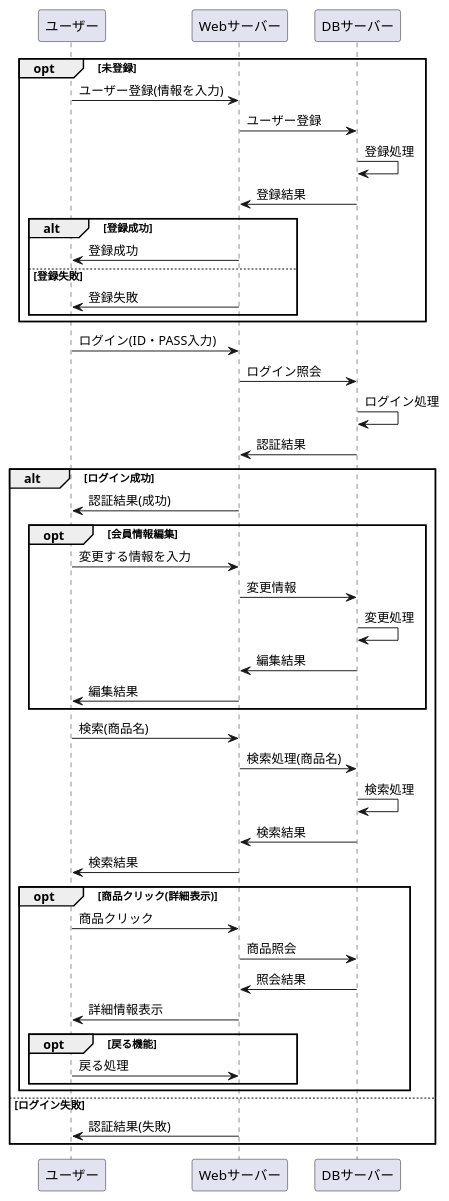
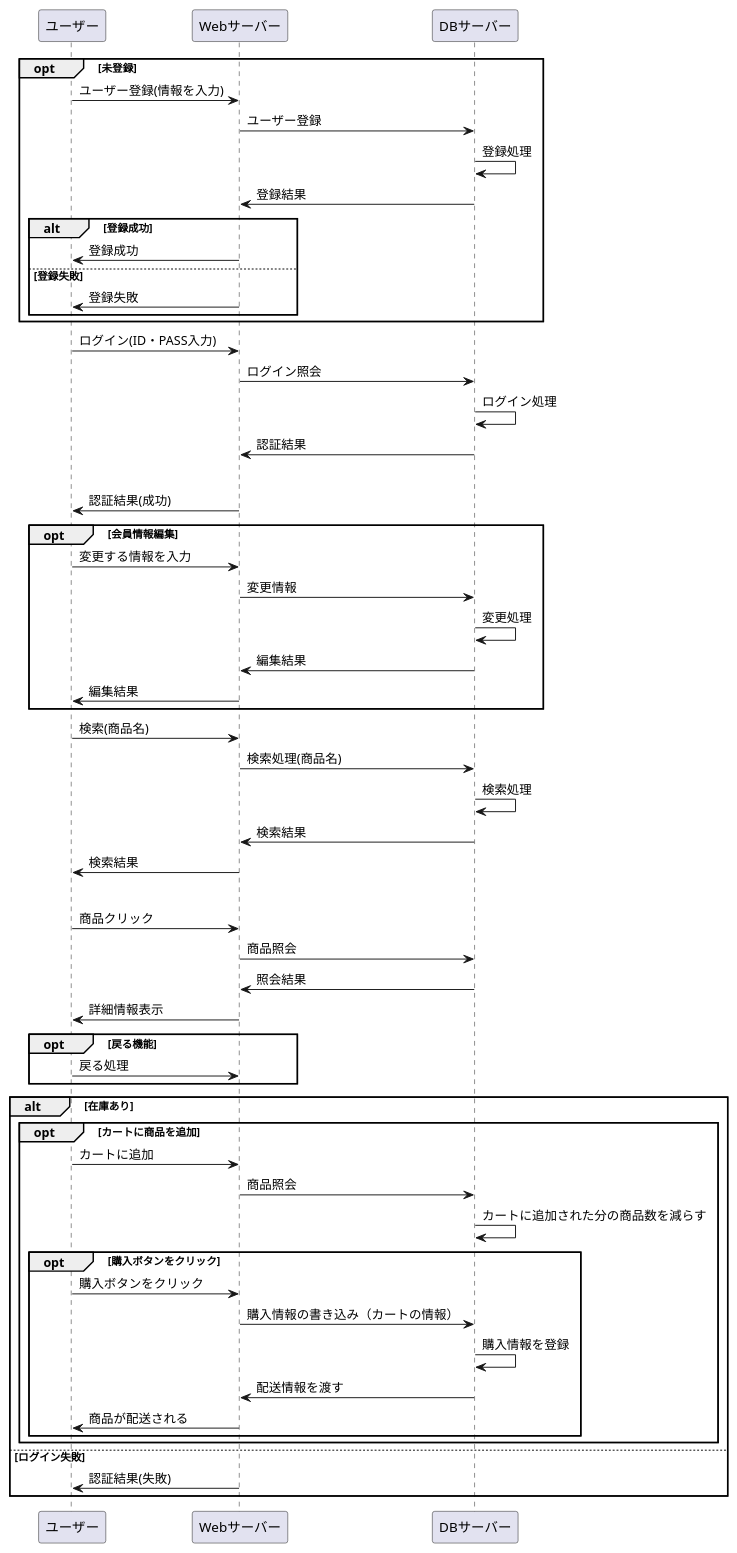
One commit to Aso2001227/Aso-Sports-1 changed the diagram in 設計書/02_業務フロー/business-flow-check.md. Above: the diagram before and after it, drawn with PlantUML.

````diff
--- a/設計書/02_業務フロー/business-flow-check.md
+++ b/設計書/02_業務フロー/business-flow-check.md
@@ -1,57 +1,69 @@
 ```uml
 @startuml
 opt 未登録
 ユーザー -> Webサーバー : ユーザー登録(情報を入力)
 Webサーバー -> DBサーバー : ユーザー登録
 DBサーバー -> DBサーバー : 登録処理
 DBサーバー -> Webサーバー : 登録結果
 
 
 
 
 
 
 
 alt 登録成功
 Webサーバー -> ユーザー : 登録成功
 else 登録失敗
 Webサーバー -> ユーザー : 登録失敗
 end
 end
 
 ユーザー -> Webサーバー : ログイン(ID・PASS入力)
 Webサーバー -> DBサーバー : ログイン照会
 DBサーバー -> DBサーバー : ログイン処理
 DBサーバー -> Webサーバー : 認証結果
 
 alt ログイン成功
 Webサーバー -> ユーザー : 認証結果(成功)
 opt 会員情報編集
 ユーザー -> Webサーバー : 変更する情報を入力
 Webサーバー -> DBサーバー :変更情報
 DBサーバー -> DBサーバー : 変更処理
 DBサーバー -> Webサーバー : 編集結果
 Webサーバー -> ユーザー : 編集結果
 end
 
 ユーザー -> Webサーバー : 検索(商品名)
 Webサーバー -> DBサーバー : 検索処理(商品名)
 DBサーバー -> DBサーバー : 検索処理
 DBサーバー -> Webサーバー : 検索結果
 Webサーバー -> ユーザー : 検索結果
 
 opt 商品クリック(詳細表示)
 ユーザー -> Webサーバー : 商品クリック
 Webサーバー -> DBサーバー : 商品照会
 DBサーバー -> Webサーバー : 照会結果
 Webサーバー -> ユーザー : 詳細情報表示
 opt 戻る機能
 ユーザー -> Webサーバー : 戻る処理
 end
+alt 在庫あり
+opt カートに商品を追加
+ユーザー -> Webサーバー : カートに追加
+Webサーバー -> DBサーバー : 商品照会
+DBサーバー -> DBサーバー : カートに追加された分の商品数を減らす
+opt 購入ボタンをクリック
+ユーザー -> Webサーバー : 購入ボタンをクリック
+Webサーバー -> DBサーバー :購入情報の書き込み（カートの情報）
+DBサーバー -> DBサーバー :購入情報を登録
+DBサーバー -> Webサーバー :配送情報を渡す
+Webサーバー -> ユーザー:商品が配送される
+end
 end
 
 else ログイン失敗
 Webサーバー -> ユーザー : 認証結果(失敗)
 end
 @enduml
 ```
````
